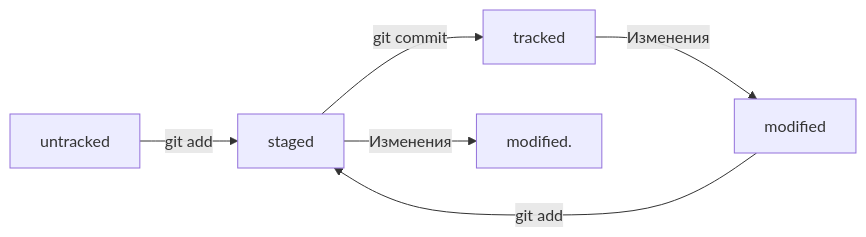
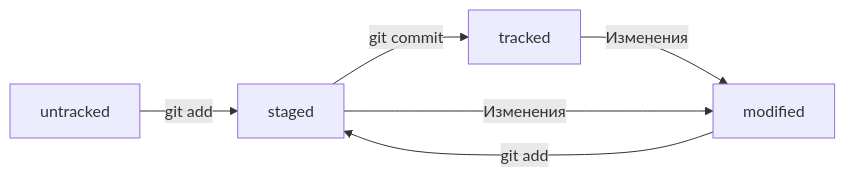
One commit to Stodeviatii/yandex-prac-1 changed the diagram in README.md. Above: the diagram before and after it, drawn with Mermaid.

Commit message:
Добавить тест схемы git status

````diff
--- a/README.md
+++ b/README.md
@@ -73,8 +73,8 @@
 ```mermaid
 graph LR;
 untracked -- "git add" --> staged;
 staged -- "git commit" --> tracked;
 tracked -- "Изменения" --> modified;
 modified -- "git add" --> staged;
-staged -- "Изменения" --> modified.
+staged -- "Изменения" --> modified
 ```
````
